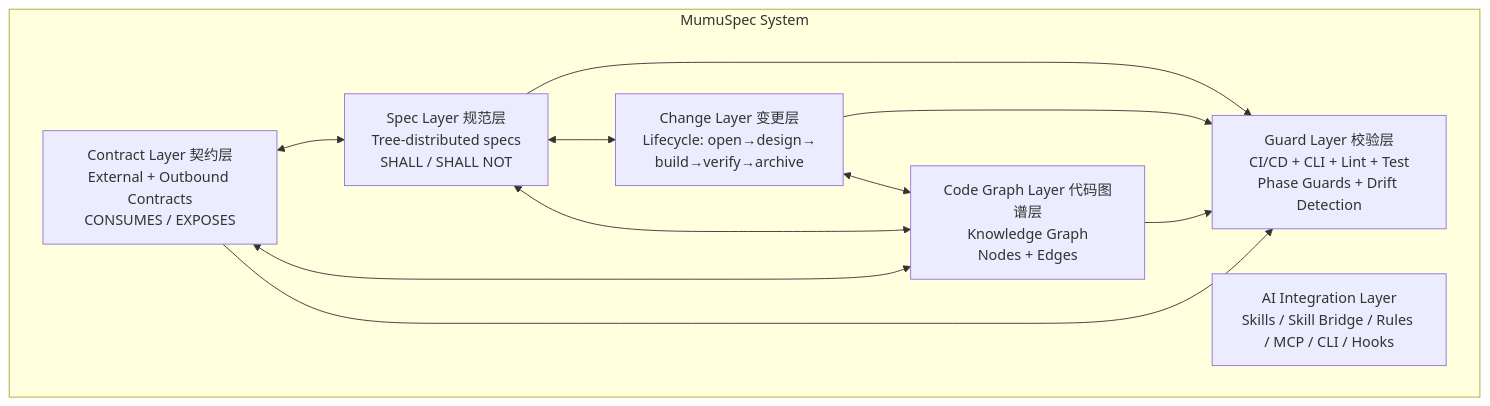
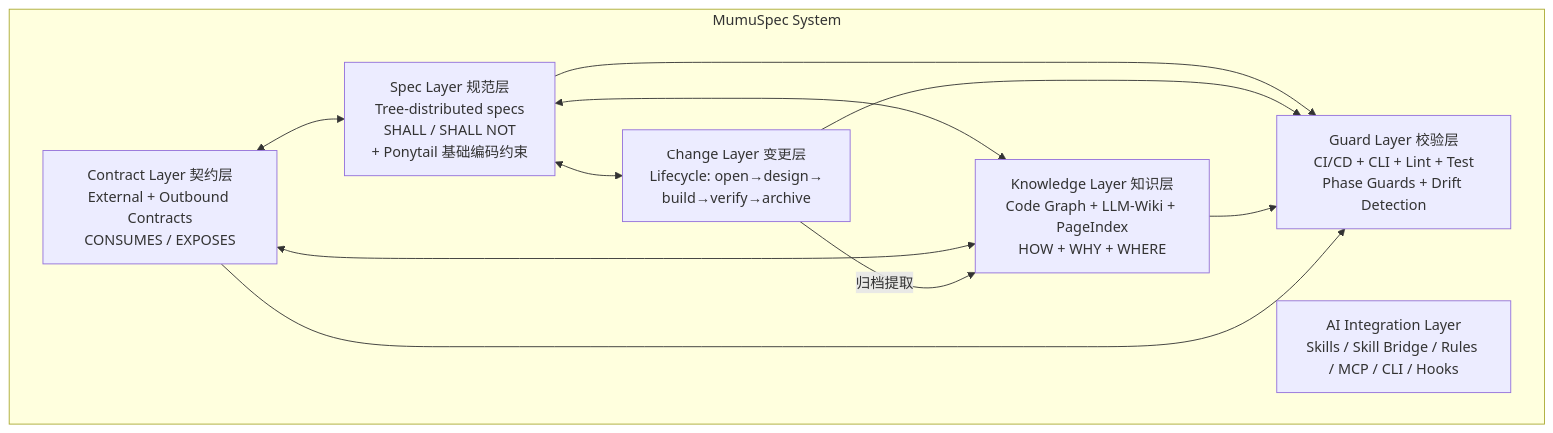
Before and after one commit to luckyMUMU/mumuspec: the third of 3 diagrams in docs/overview.md, drawn with Mermaid. The commit also changed other lines of this file and 22 other files, not shown here.

````diff
--- a/docs/overview.md
+++ b/docs/overview.md
@@ -116,24 +117,24 @@
 ```mermaid
 graph TB
     subgraph System["MumuSpec System"]
-        SL["Spec Layer 规范层<br/>Tree-distributed specs<br/>SHALL / SHALL NOT"]
+        SL["Spec Layer 规范层<br/>Tree-distributed specs<br/>SHALL / SHALL NOT<br/>+ Ponytail 基础编码约束"]
         CL["Change Layer 变更层<br/>Lifecycle: open→design→<br/>build→verify→archive"]
-        CG["Code Graph Layer 代码图谱层<br/>Knowledge Graph<br/>Nodes + Edges"]
         CTL["Contract Layer 契约层<br/>External + Outbound Contracts<br/>CONSUMES / EXPOSES"]
+        KL["Knowledge Layer 知识层<br/>Code Graph + LLM-Wiki + PageIndex<br/>HOW + WHY + WHERE"]
 
         SL <--> CL
-        CL <--> CG
-        SL <--> CG
+        SL <--> KL
         CTL <--> SL
-        CTL <--> CG
+        CTL <--> KL
+        CL -->|归档提取| KL
 
         GL["Guard Layer 校验层<br/>CI/CD + CLI + Lint + Test<br/>Phase Guards + Drift Detection"]
 
         SL --> GL
         CL --> GL
-        CG --> GL
+        KL --> GL
         CTL --> GL
 
         AIL["AI Integration Layer<br/>Skills / Skill Bridge / Rules / MCP / CLI / Hooks"]
     end
 ```
````
